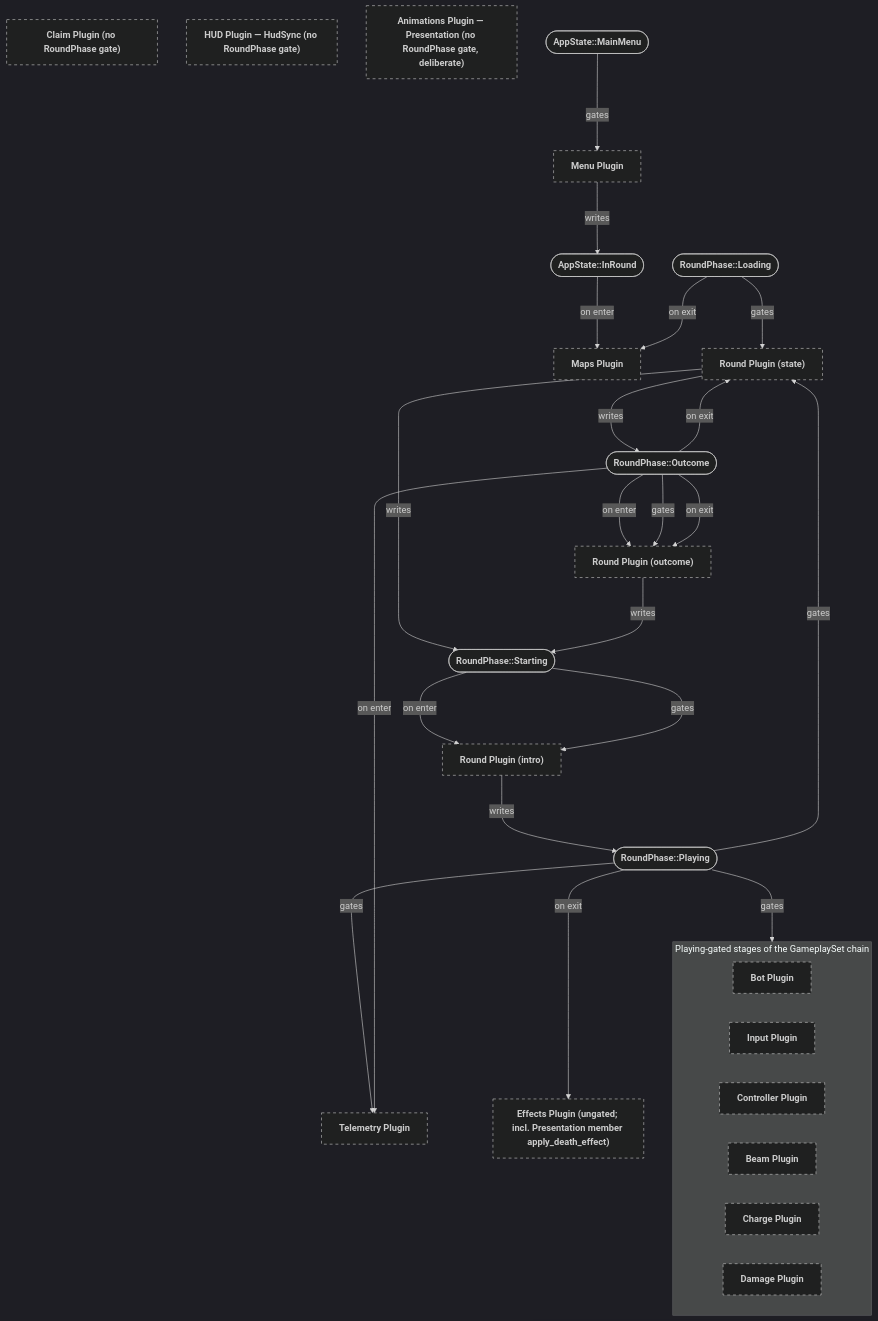
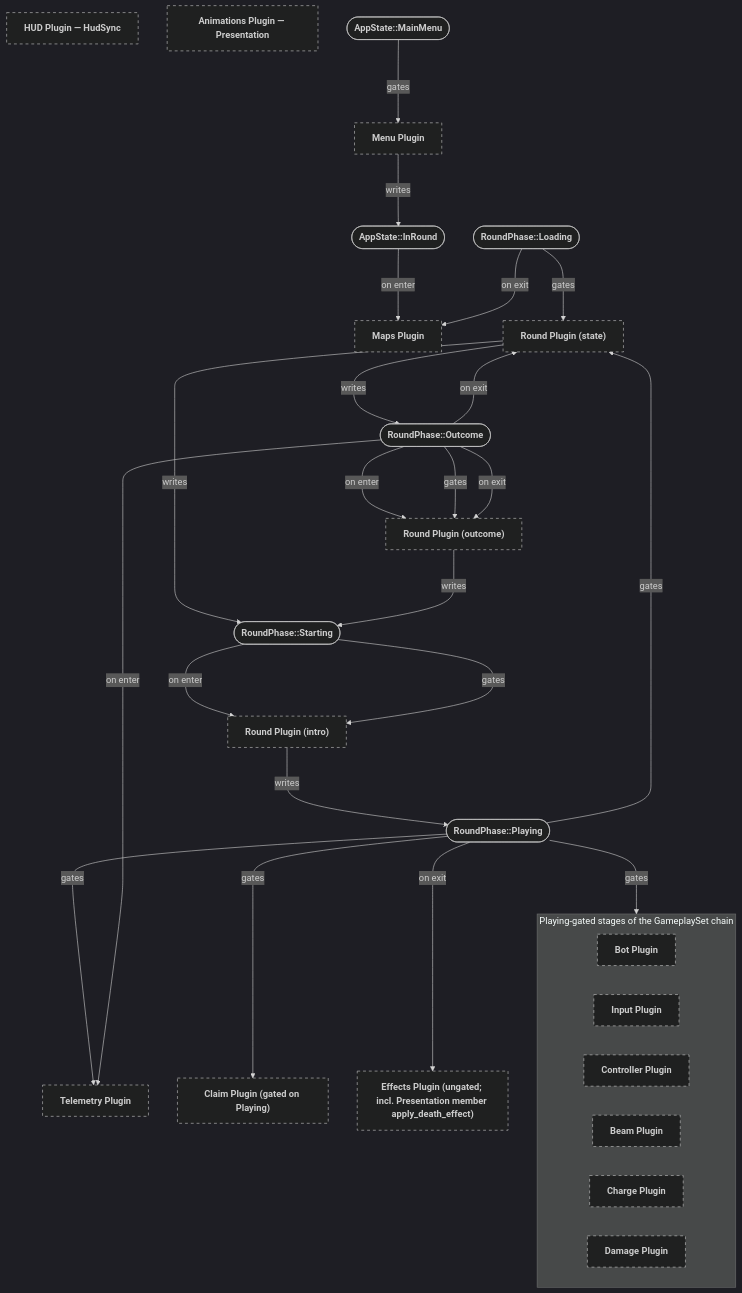
One commit to neurosoup/tyled changed the diagram in backlog/docs/doc-24 - 000-Plugin-state-relationships.md. Above: the diagram before and after it, drawn with Mermaid. The commit also changed other lines of this file and 1 other file, not shown here.

Commit message:
Fix: gate claim_tile on Playing and sync state-relationships doc

````diff
--- a/backlog/docs/doc-24 - 000-Plugin-state-relationships.md
+++ b/backlog/docs/doc-24 - 000-Plugin-state-relationships.md
@@ -89,68 +85,69 @@
 ```mermaid
 ---
 config:
   theme: dark
 ---
 
 flowchart TD
 classDef system-group stroke-dasharray: 5 5
 
 menu_plugin["`**Menu Plugin**`"]:::system-group
 maps_plugin["`**Maps Plugin**`"]:::system-group
 round_state_plugin["`**Round Plugin (state)**`"]:::system-group
 round_intro_plugin["`**Round Plugin (intro)**`"]:::system-group
 round_outcome_plugin["`**Round Plugin (outcome)**`"]:::system-group
 bot_plugin["`**Bot Plugin**`"]:::system-group
 inputs_plugin["`**Input Plugin**`"]:::system-group
 controller_plugin["`**Controller Plugin**`"]:::system-group
 beam_plugin["`**Beam Plugin**`"]:::system-group
 charge_plugin["`**Charge Plugin**`"]:::system-group
 damage_plugin["`**Damage Plugin**`"]:::system-group
 telemetry_plugin["`**Telemetry Plugin**`"]:::system-group
 effects_plugin["`**Effects Plugin (ungated; incl. Presentation member apply_death_effect)**`"]:::system-group
-claim_plugin["`**Claim Plugin (no RoundPhase gate)**`"]:::system-group
-hud_plugin["`**HUD Plugin — HudSync (no RoundPhase gate)**`"]:::system-group
-animations_plugin["`**Animations Plugin — Presentation (no RoundPhase gate, deliberate)**`"]:::system-group
+claim_plugin["`**Claim Plugin (gated on Playing)**`"]:::system-group
+hud_plugin["`**HUD Plugin — HudSync**`"]:::system-group
+animations_plugin["`**Animations Plugin — Presentation**`"]:::system-group
 
 app_main_menu(["`**AppState::MainMenu**`"])
 app_in_round(["`**AppState::InRound**`"])
 
 phase_loading(["`**RoundPhase::Loading**`"])
 phase_starting(["`**RoundPhase::Starting**`"])
 phase_playing(["`**RoundPhase::Playing**`"])
 phase_outcome(["`**RoundPhase::Outcome**`"])
 
 app_main_menu ---> |gates| menu_plugin
 menu_plugin ---> |writes| app_in_round
 app_in_round ---> |on enter| maps_plugin
 
 phase_loading ---> |gates| round_state_plugin
 round_state_plugin ---> |writes| phase_starting
 phase_loading ---> |on exit| maps_plugin
 
 phase_starting ---> |on enter| round_intro_plugin
 phase_starting ---> |gates| round_intro_plugin
 round_intro_plugin ---> |writes| phase_playing
 
 subgraph pipeline ["Playing-gated stages of the GameplaySet chain"]
   bot_plugin
   inputs_plugin
   controller_plugin
   beam_plugin
   charge_plugin
   damage_plugin
 end
 
 phase_playing ---> |gates| pipeline
 phase_playing ---> |gates| round_state_plugin
 round_state_plugin ---> |writes| phase_outcome
 phase_playing ---> |gates| telemetry_plugin
+phase_playing ---> |gates| claim_plugin
 phase_playing ---> |on exit| effects_plugin
 
 phase_outcome ---> |on enter| round_outcome_plugin
 phase_outcome ---> |gates| round_outcome_plugin
 phase_outcome ---> |on enter| telemetry_plugin
 phase_outcome ---> |on exit| round_state_plugin
 phase_outcome ---> |on exit| round_outcome_plugin
 round_outcome_plugin ---> |writes| phase_starting
 ```
````
